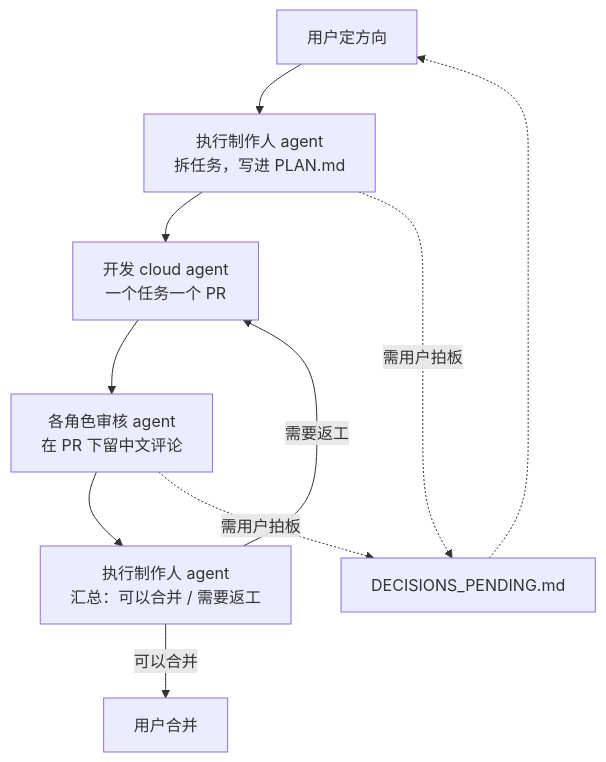
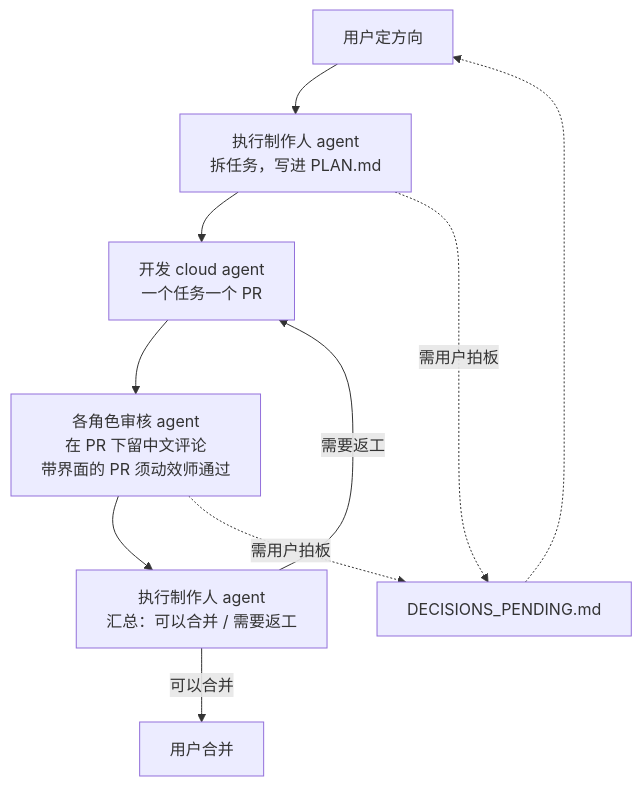
One commit to XYN159/The-Last-Survivor changed the diagram in docs/production/ROLES.md. Above: the diagram before and after it, drawn with Mermaid. The commit also changed other lines of this file and 5 other files, not shown here.

````diff
--- a/docs/production/ROLES.md
+++ b/docs/production/ROLES.md
@@ -37,12 +37,12 @@
 ```mermaid
 flowchart TD
     U["用户定方向"] --> P["执行制作人 agent<br/>拆任务，写进 PLAN.md"]
     P --> D["开发 cloud agent<br/>一个任务一个 PR"]
-    D --> R["各角色审核 agent<br/>在 PR 下留中文评论"]
+    D --> R["各角色审核 agent<br/>在 PR 下留中文评论<br/>带界面的 PR 须动效师通过"]
     R --> S["执行制作人 agent<br/>汇总：可以合并 / 需要返工"]
     S -->|需要返工| D
     S -->|可以合并| M["用户合并"]
     P -.->|需用户拍板| Q["DECISIONS_PENDING.md"]
     R -.->|需用户拍板| Q
     Q -.-> U
 ```
````
